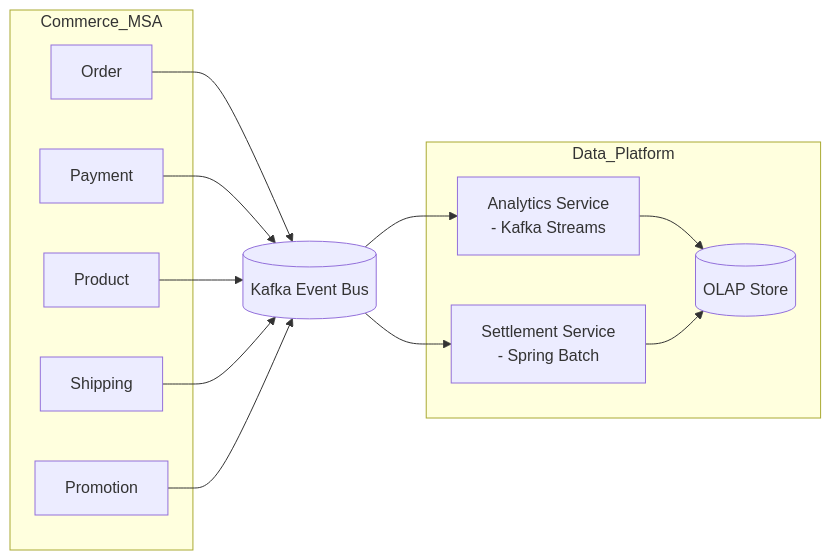
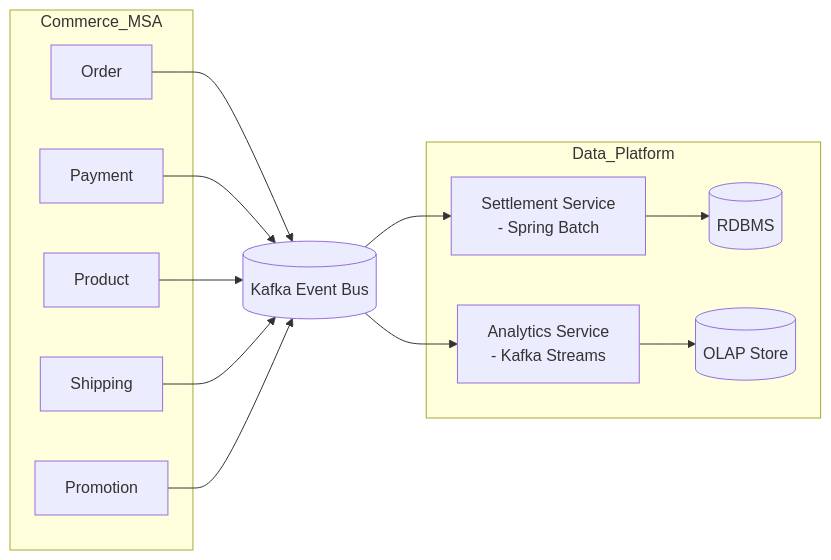
The diagram in README.md (gr1993/ecommerce-data-platform), drawn with Mermaid before and after one commit. The commit also changed other lines of this file, not shown here.

````diff
--- a/README.md
+++ b/README.md
@@ -8,31 +8,32 @@
 ```mermaid
 flowchart LR
 
 subgraph Commerce_MSA
 Order
 Payment
 Product
 Shipping
 Promotion
 end
 
 Kafka[(Kafka Event Bus)]
 
 subgraph Data_Platform
 Settlement[Settlement Service<br/>- Spring Batch]
 Analytics[Analytics Service<br/>- Kafka Streams]
+Ledger[(RDBMS)]
 Warehouse[(OLAP Store)]
 end
 
 Order --> Kafka
 Payment --> Kafka
 Product --> Kafka
 Shipping --> Kafka
 Promotion --> Kafka
 
 Kafka --> Settlement
 Kafka --> Analytics
 
+Settlement --> Ledger
 Analytics --> Warehouse
-Settlement --> Warehouse
 ```
````
